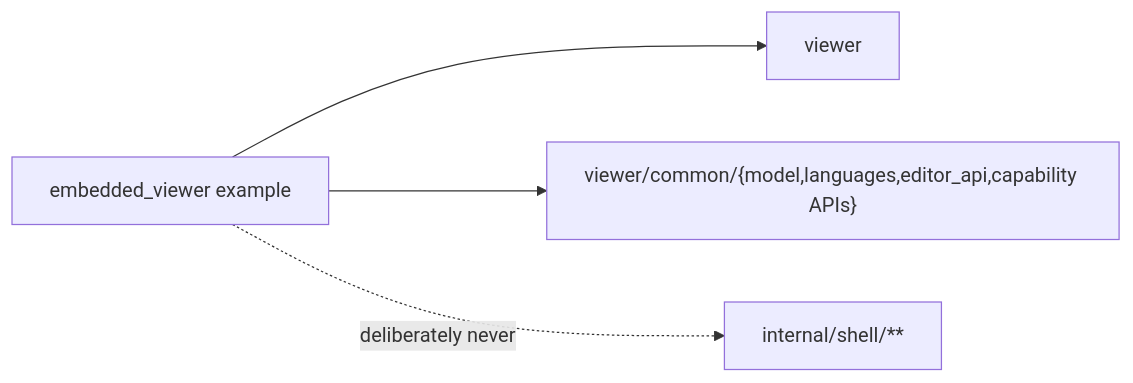
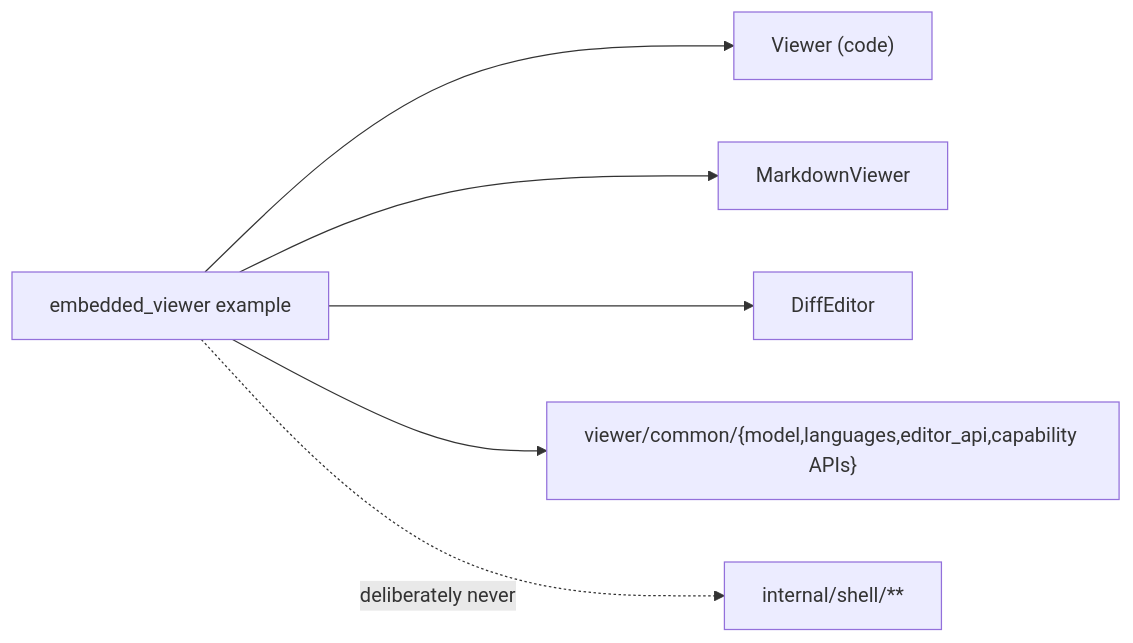
The diagram in editor/internal/shell/examples/embedded_viewer/README.md (0717lee/openseek), drawn with Mermaid before and after one commit. The commit also changed other lines of this file and 304 other files, not shown here.

Commit message:
refactor(editor): rebuild diff viewer around code editor kernels

````diff
--- a/editor/internal/shell/examples/embedded_viewer/README.md
+++ b/editor/internal/shell/examples/embedded_viewer/README.md
@@ -12,6 +12,8 @@
 ```mermaid
 flowchart LR
-  E["embedded_viewer example"] --> V["viewer"]
+  E["embedded_viewer example"] --> V["Viewer (code)"]
+  E --> M["MarkdownViewer"]
+  E --> D["DiffEditor"]
   E --> CM["viewer/common/{model,languages,editor_api,capability APIs}"]
   E -.->|"deliberately never"| S["internal/shell/**"]
 ```
````
